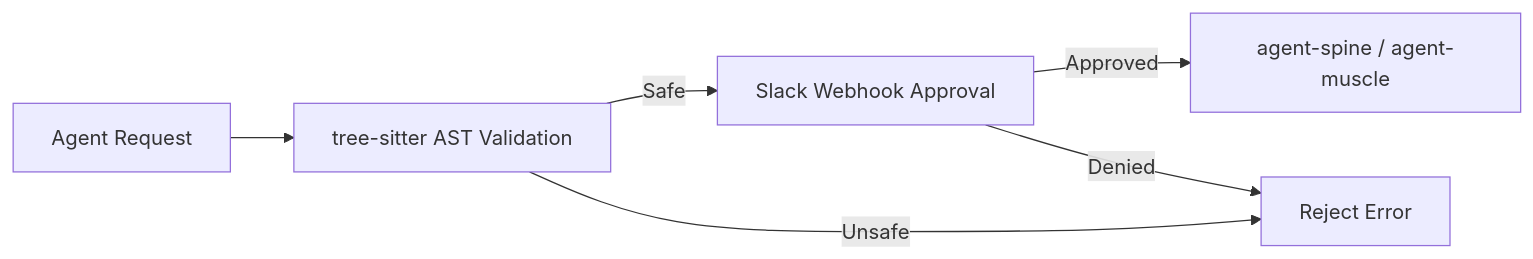
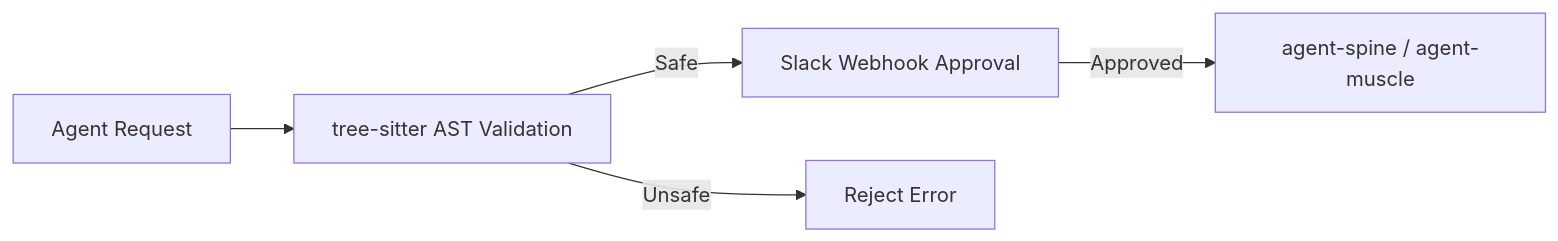
The diagram in README.md (autonomic-ai-dev/agent-mouth), drawn with Mermaid before and after one commit. The commit also changed other lines of this file, not shown here.

````diff
--- a/README.md
+++ b/README.md
@@ -7,8 +24,7 @@
 ```mermaid
 flowchart LR
     Req[Agent Request] --> AST[tree-sitter AST Validation]
     AST -- Safe --> Slack[Slack Webhook Approval]
     AST -- Unsafe --> Reject[Reject Error]
     Slack -- Approved --> Spine[agent-spine / agent-muscle]
-    Slack -- Denied --> Reject
 ```
````
